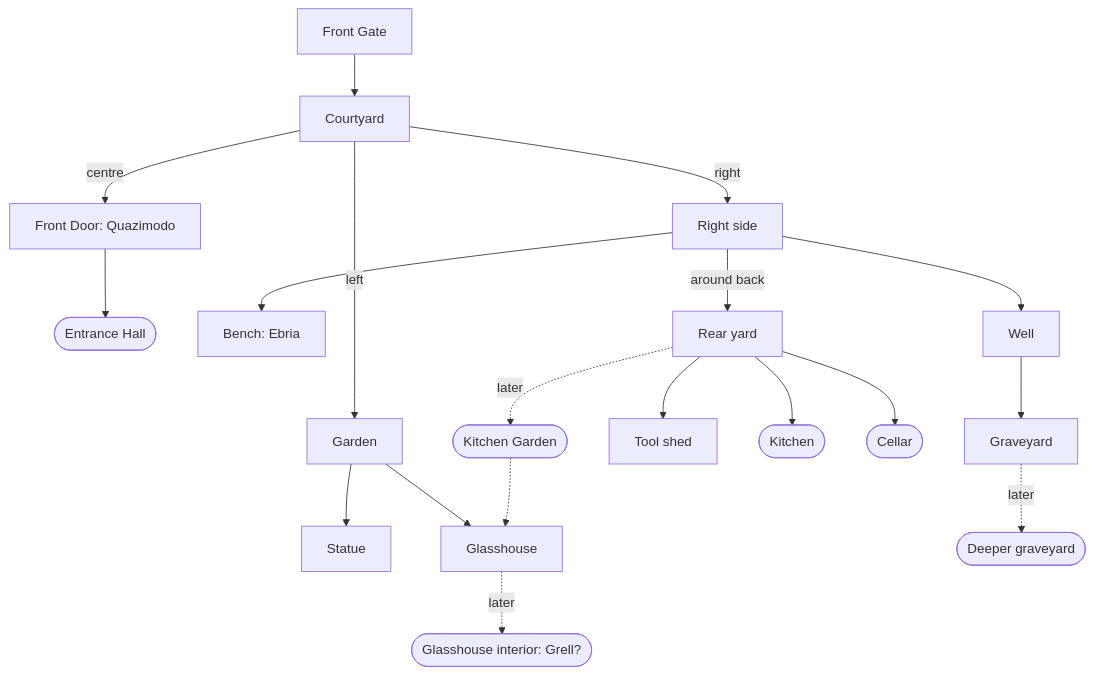
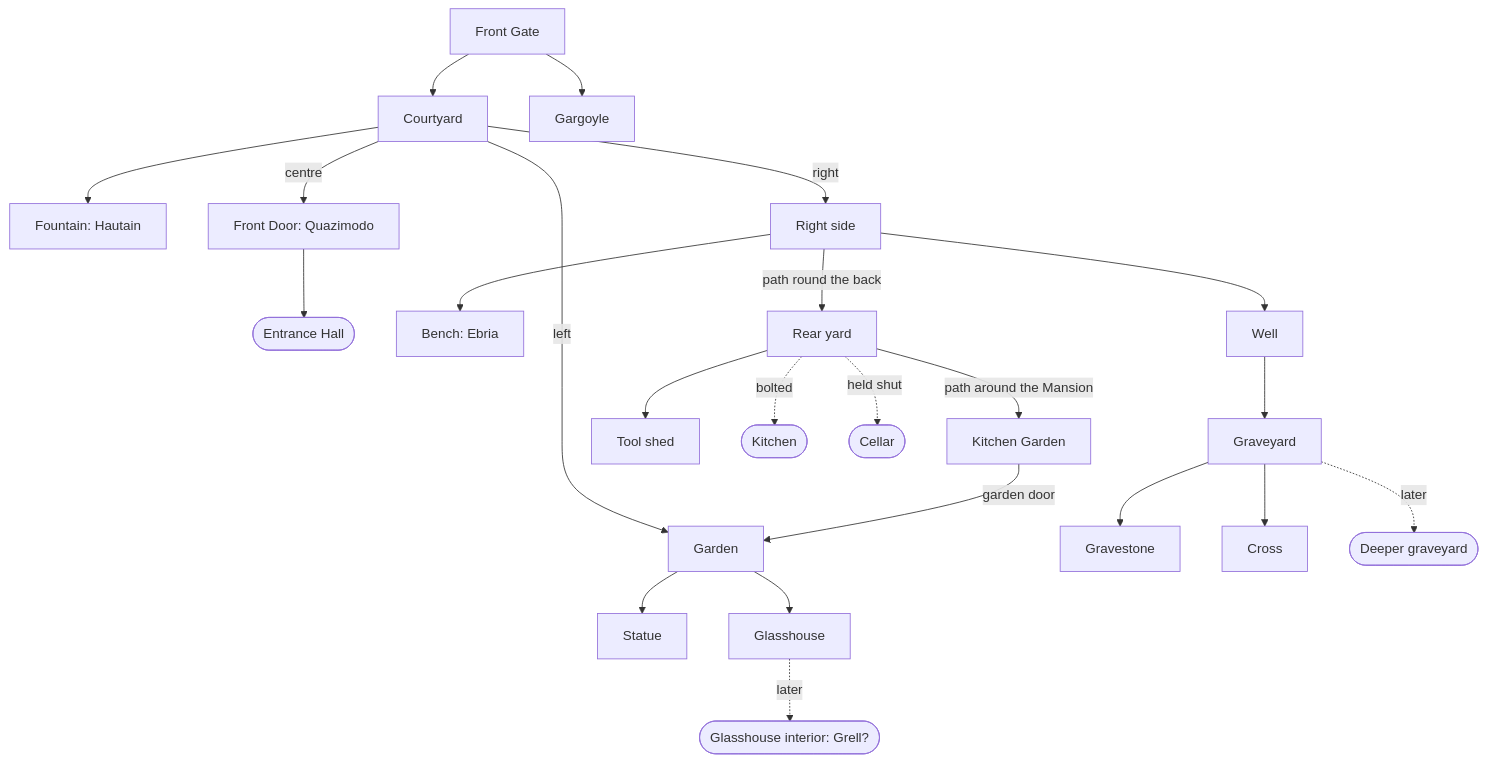
One commit to jamesmcmahondk-oss/The-Mansion changed the diagram in PUZZLES.md. Above: the diagram before and after it, drawn with Mermaid. The commit also changed other lines of this file, not shown here.

````diff
--- a/PUZZLES.md
+++ b/PUZZLES.md
@@ -23,11 +25,17 @@
 ```mermaid
 flowchart TD
     GATE[Front Gate] --> COURT[Courtyard]
+    GATE --> GARG[Gargoyle]
+    COURT --> FOUNT[Fountain: Hautain]
     COURT -->|centre| DOOR[Front Door: Quazimodo] --> HALL([Entrance Hall])
     COURT -->|left| GARDEN[Garden] --> STATUE[Statue] & GLASS[Glasshouse]
     GLASS -.later.-> GLASSIN([Glasshouse interior: Grell?])
     COURT -->|right| RIGHT[Right side] --> BENCH[Bench: Ebria] & WELL[Well]
-    WELL --> GRAVE[Graveyard] -.later.-> DEEP([Deeper graveyard])
-    RIGHT -->|around back| REAR[Rear yard] --> SHED[Tool shed] & KITCHEN([Kitchen]) & CELLAR([Cellar])
-    REAR -.later.-> KGARDEN([Kitchen Garden]) -.-> GLASS
+    WELL --> GRAVE[Graveyard] --> STONE[Gravestone] & CROSS[Cross]
+    GRAVE -.later.-> DEEP([Deeper graveyard])
+    RIGHT -->|path round the back| REAR[Rear yard]
+    REAR --> SHED[Tool shed]
+    REAR -.bolted.-> KITCHEN([Kitchen])
+    REAR -.held shut.-> CELLAR([Cellar])
+    REAR -->|path around the Mansion| KGARDEN[Kitchen Garden] -->|garden door| GARDEN
 ```
````
